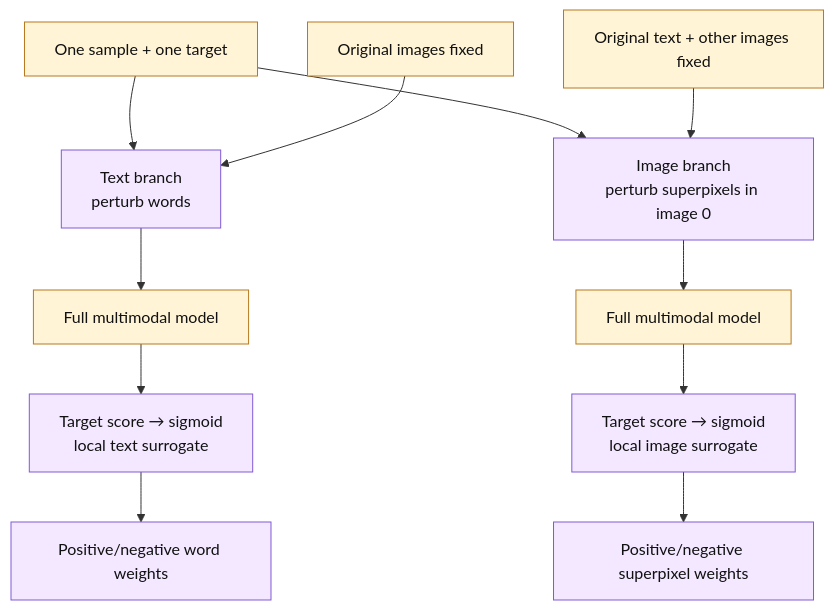
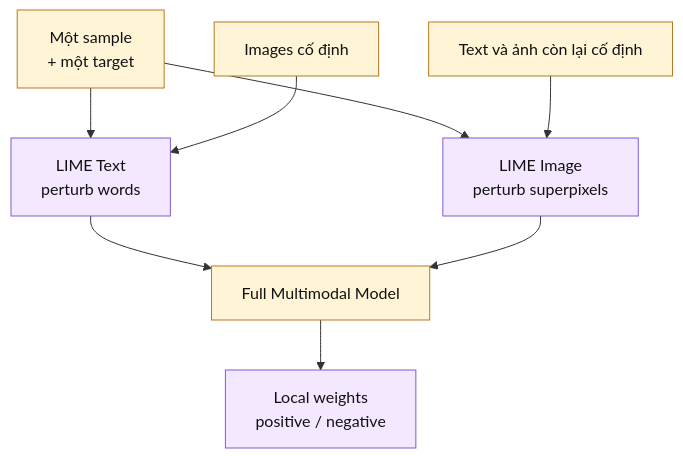
The eighth of 11 diagrams in xAI_AIagent_presentation_proposal.md (lechihoang/SE365), drawn with Mermaid before and after one commit. The commit also changed other lines of this file, not shown here.

Commit message:
v2 proposal of xai+ ai Agent

````diff
--- a/xAI_AIagent_presentation_proposal.md
+++ b/xAI_AIagent_presentation_proposal.md
@@ -380,18 +422,15 @@
 ```mermaid
 flowchart TB
-    S["One sample + one target"] --> TX["Text branch<br/>perturb words"]
-    S --> IM["Image branch<br/>perturb superpixels in image 0"]
-    FIXI["Original images fixed"] --> TX
-    FIXT["Original text + other images fixed"] --> IM
-    TX --> MT["Full multimodal model"]
-    IM --> MI["Full multimodal model"]
-    MT --> PT["Target score → sigmoid<br/>local text surrogate"]
-    MI --> PI["Target score → sigmoid<br/>local image surrogate"]
-    PT --> WT["Positive/negative word weights"]
-    PI --> SP["Positive/negative superpixel weights"]
+    S["Một sample<br/>+ một target"] --> LT["LIME Text<br/>perturb words"]
+    S --> LI["LIME Image<br/>perturb superpixels"]
+    FI["Images cố định"] --> LT
+    FT["Text và ảnh còn lại cố định"] --> LI
+    LT --> M["Full Multimodal Model"]
+    LI --> M
+    M --> O["Local weights<br/>positive / negative"]
 
     classDef model fill:#FFF4D6,stroke:#B7791F,color:#111;
     classDef xai fill:#F3E8FF,stroke:#805AD5,color:#111;
-    class S,FIXI,FIXT,MT,MI model;
-    class TX,IM,PT,PI,WT,SP xai;
+    class S,FI,FT,M model;
+    class LT,LI,O xai;
 ```
````
